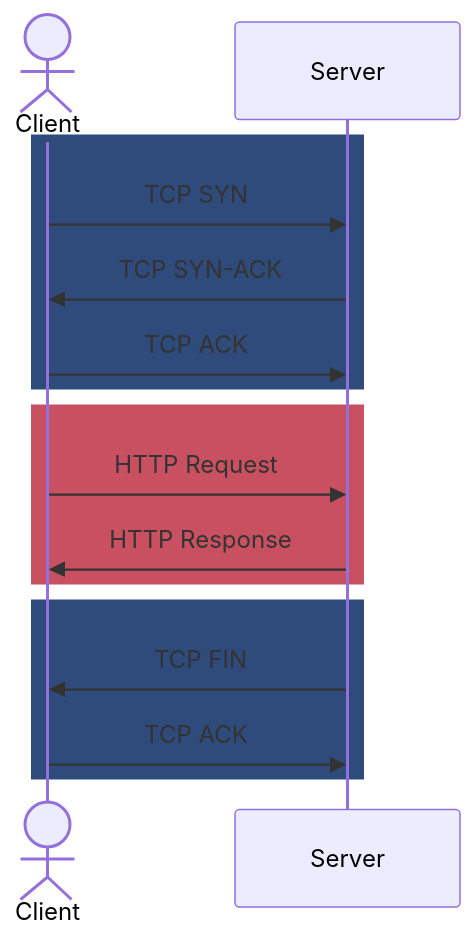
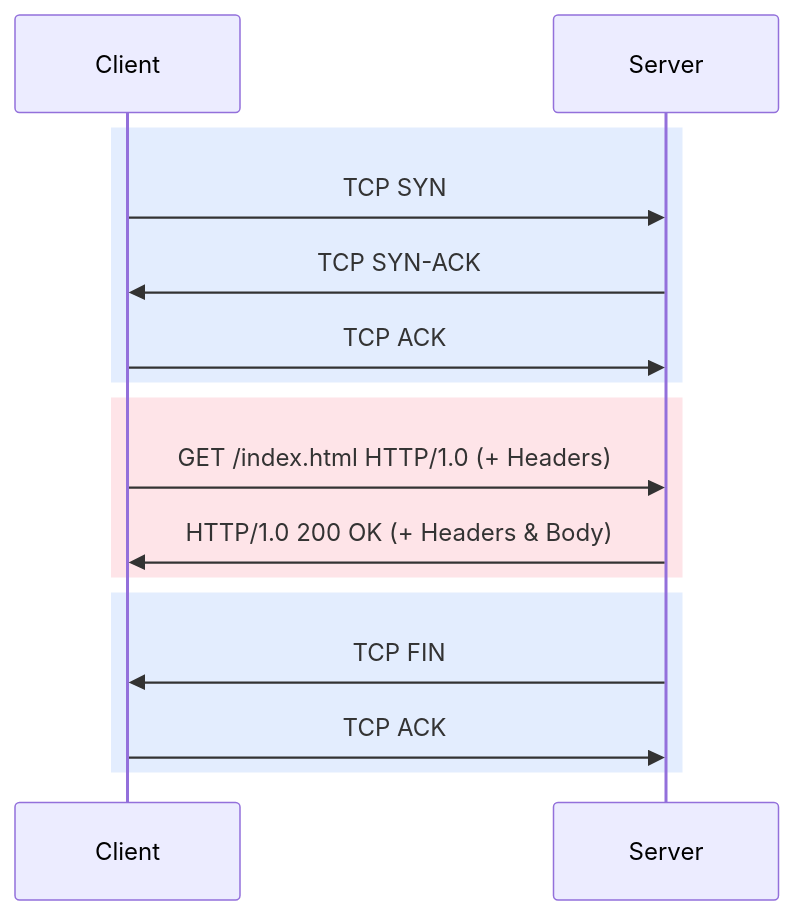
One commit to sudorandom/kmcd.dev changed the diagram in content/posts/2024/http1.0-from-scratch/index.md. Above: the diagram before and after it, drawn with Mermaid. The commit also changed 24 other files, not shown here.

````diff
--- a/content/posts/2024/http1.0-from-scratch/index.md
+++ b/content/posts/2024/http1.0-from-scratch/index.md
@@ -104,20 +104,21 @@
 ```mermaid
 sequenceDiagram
-    actor Client
+    participant Client
+    participant Server
 
-    rect rgb(47,75,124)
+    rect rgba(59, 130, 246, 0.14)
         Client ->> Server: TCP SYN
         Server ->> Client: TCP SYN-ACK
         Client ->> Server: TCP ACK
     end
 
-    rect rgb(200,80,96)
-        Client ->> Server: HTTP Request
-        Server ->> Client: HTTP Response
+    rect rgba(244, 63, 94, 0.14)
+        Client ->> Server: GET /index.html HTTP/1.0 (+ Headers)
+        Server ->> Client: HTTP/1.0 200 OK (+ Headers & Body)
     end
 
-    rect rgb(47,75,124)
+    rect rgba(59, 130, 246, 0.14)
         Server ->> Client: TCP FIN
-		Client ->> Server: TCP ACK
+        Client ->> Server: TCP ACK
     end
 ```
````
